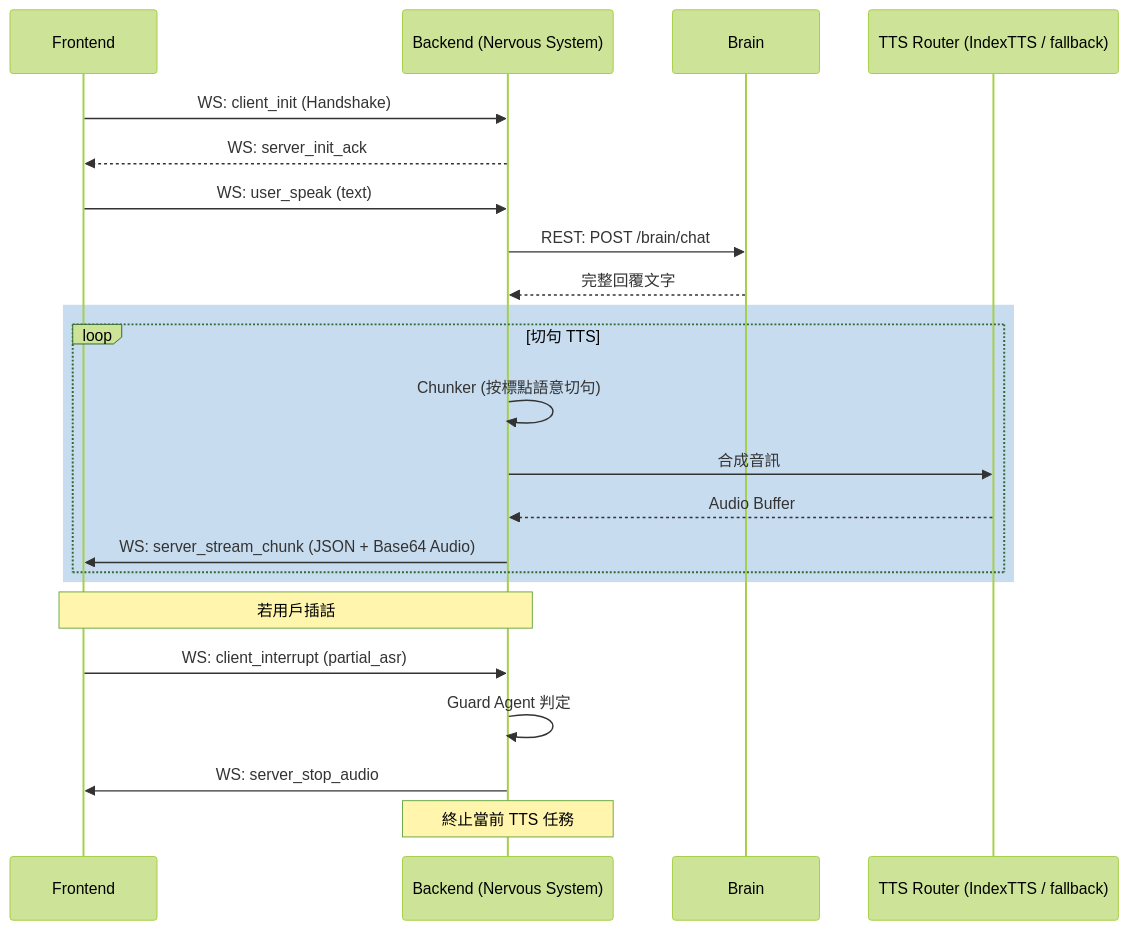
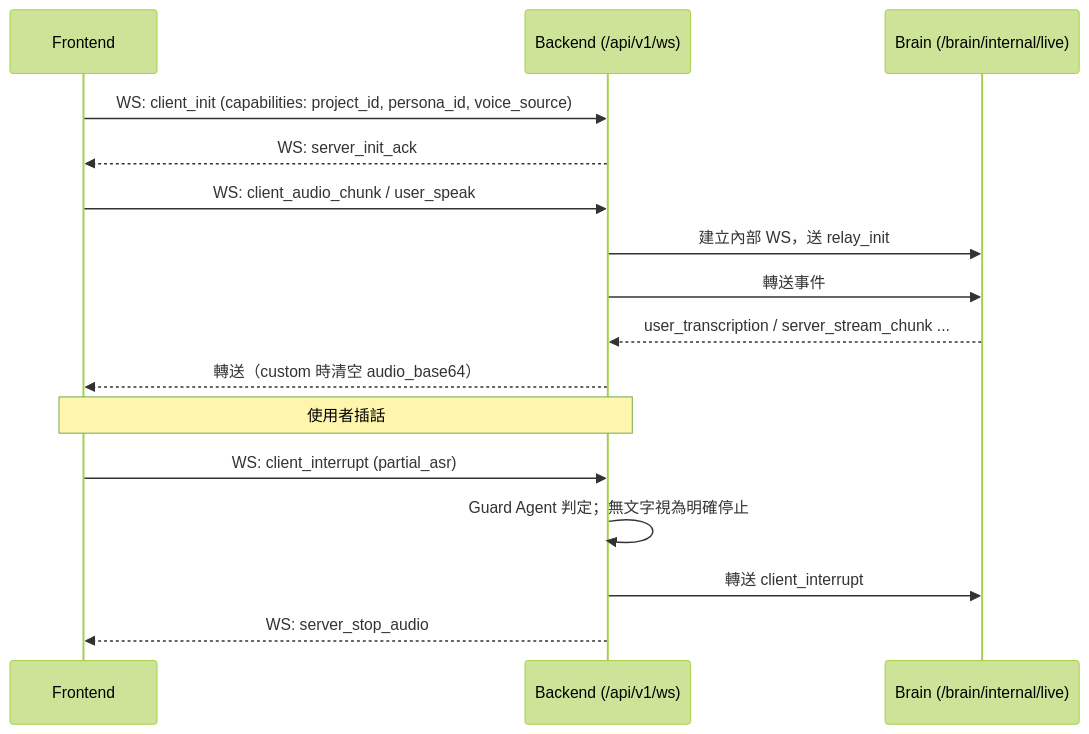
The second of 3 diagrams in docs/specs/09_API_WS_LINKAGE.md (CreateIntelligens/openVman), drawn with Mermaid (forest theme) before and after one commit. The commit also changed other lines of this file and 43 other files, not shown here.

````diff
--- a/docs/specs/09_API_WS_LINKAGE.md
+++ b/docs/specs/09_API_WS_LINKAGE.md
@@ -24,27 +49,20 @@
 ```mermaid
 sequenceDiagram
     participant F as Frontend
-    participant B as Backend (Nervous System)
-    participant BR as Brain
-    participant T as TTS Router (IndexTTS / fallback)
+    participant B as Backend (/api/v1/ws)
+    participant BR as Brain (/brain/internal/live)
 
-    F->>B: WS: client_init (Handshake)
+    F->>B: WS: client_init (capabilities: project_id, persona_id, voice_source)
     B-->>F: WS: server_init_ack
-    F->>B: WS: user_speak (text)
-    B->>BR: REST: POST /brain/chat
-    BR-->>B: 完整回覆文字
-    rect rgb(200, 220, 240)
-        loop 切句 TTS
-            B->>B: Chunker (按標點語意切句)
-            B->>T: 合成音訊
-            T-->>B: Audio Buffer
-            B->>F: WS: server_stream_chunk (JSON + Base64 Audio)
-        end
-    end
+    F->>B: WS: client_audio_chunk / user_speak
+    B->>BR: 建立內部 WS，送 relay_init
+    B->>BR: 轉送事件
+    BR-->>B: user_transcription / server_stream_chunk ...
+    B-->>F: 轉送（custom 時清空 audio_base64）
 
-    Note over F,B: 若用戶插話
+    Note over F,B: 使用者插話
     F->>B: WS: client_interrupt (partial_asr)
-    B->>B: Guard Agent 判定
-    B->>F: WS: server_stop_audio
-    Note over B: 終止當前 TTS 任務
+    B->>B: Guard Agent 判定；無文字視為明確停止
+    B->>BR: 轉送 client_interrupt
+    B-->>F: WS: server_stop_audio
 ```
````
